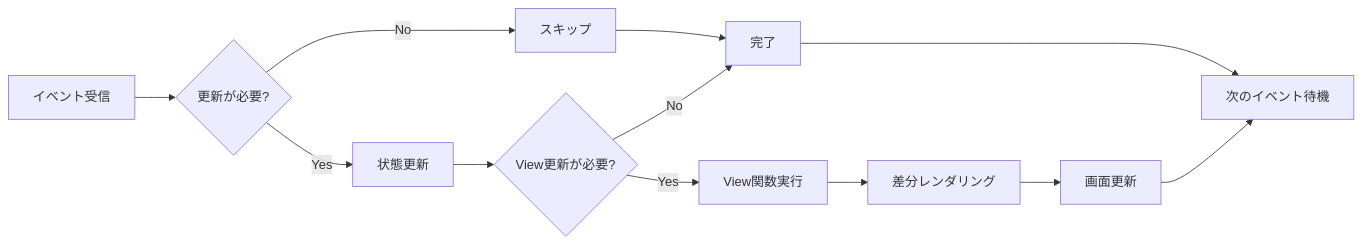
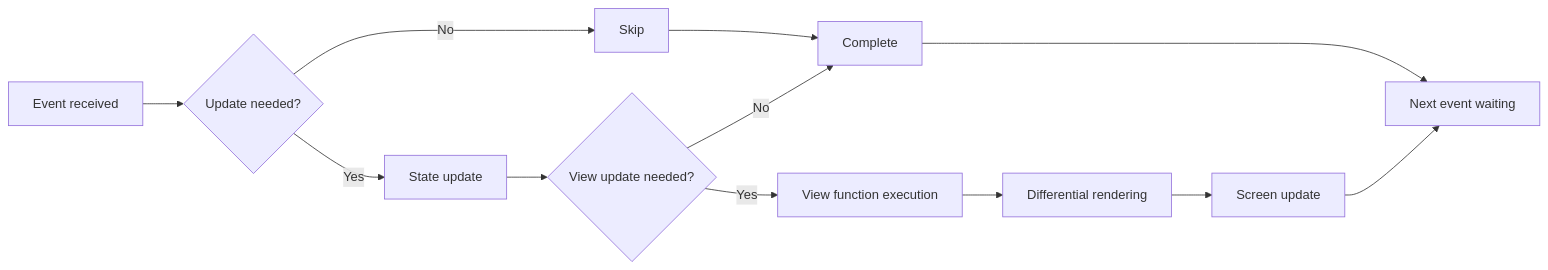
The tenth of 10 diagrams in docs/architecture-diagrams.md (tom555-555/tuimv), drawn with Mermaid before and after one commit. The commit also changed other lines of this file and 3 other files, not shown here.

````diff
--- a/docs/architecture-diagrams.md
+++ b/docs/architecture-diagrams.md
@@ -294,17 +296,17 @@
 ```mermaid
 flowchart LR
-    A[イベント受信] --> B{更新が必要?}
-    B -->|No| C[スキップ]
-    B -->|Yes| D[状態更新]
+    A[Event received] --> B{Update needed?}
+    B -->|No| C[Skip]
+    B -->|Yes| D[State update]
     
-    D --> E{View更新が必要?}
-    E -->|No| F[完了]
-    E -->|Yes| G[View関数実行]
+    D --> E{View update needed?}
+    E -->|No| F[Complete]
+    E -->|Yes| G[View function execution]
     
-    G --> H[差分レンダリング]
-    H --> I[画面更新]
+    G --> H[Differential rendering]
+    H --> I[Screen update]
     
     C --> F
-    F --> J[次のイベント待機]
+    F --> J[Next event waiting]
     I --> J
 ```
````
